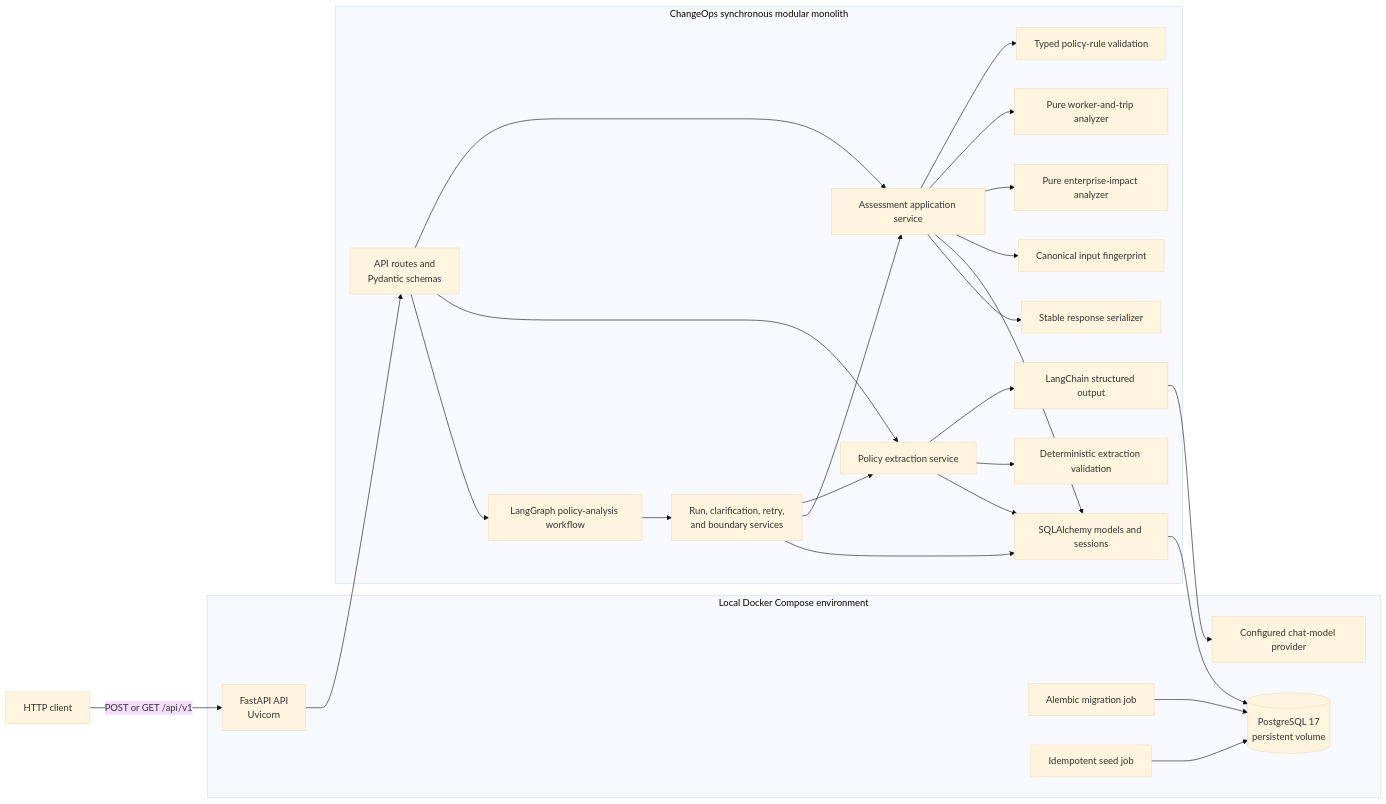
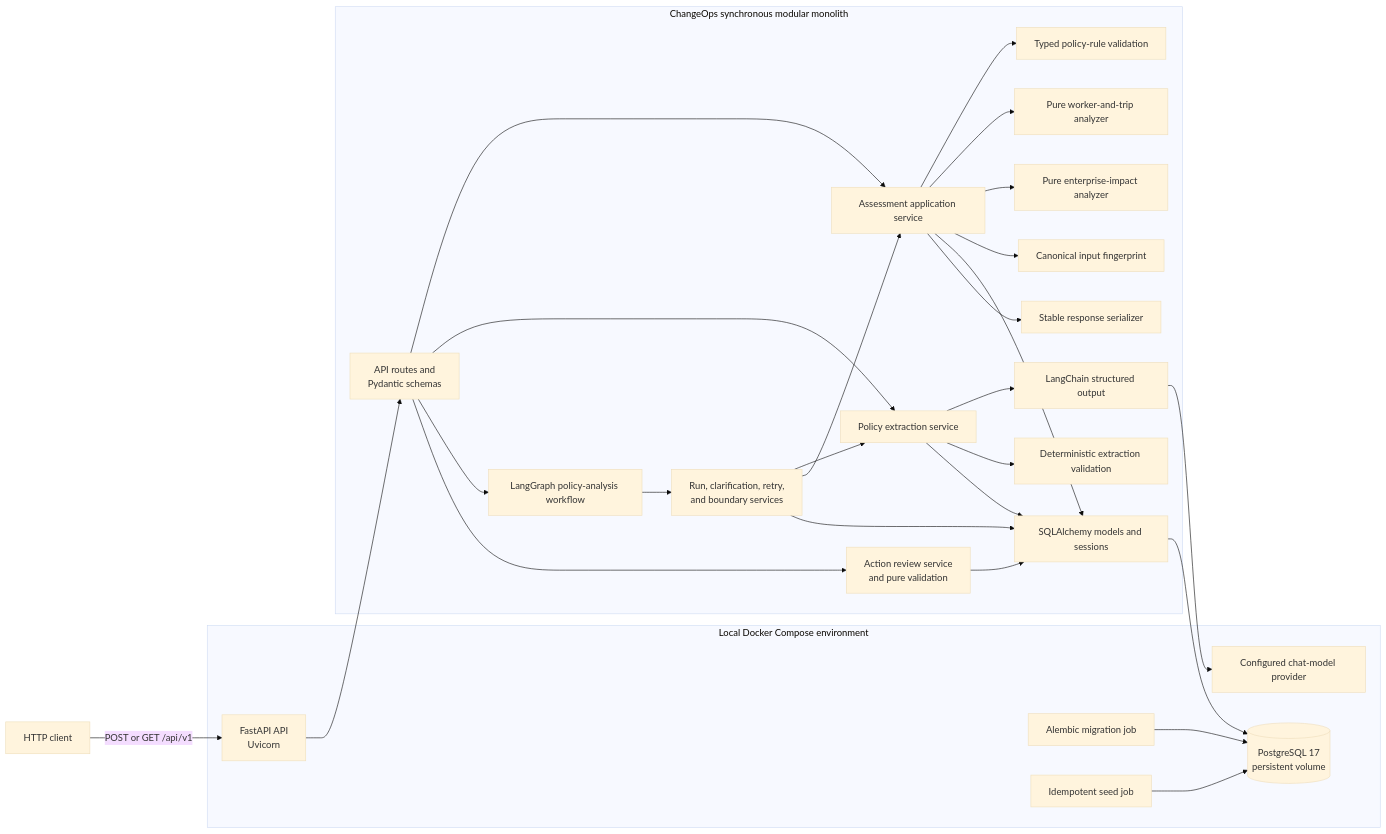
Before and after one commit to jaydreyer/ChangeOps: the first of 4 diagrams in docs/architecture.md, drawn with Mermaid (base theme). The commit also changed other lines of this file and 14 other files, not shown here.

Commit message:
Add action review and decision foundation

````diff
--- a/docs/architecture.md
+++ b/docs/architecture.md
@@ -10,51 +9,54 @@
 ```mermaid
 flowchart LR
     Client["HTTP client"]
 
     subgraph Compose["Local Docker Compose environment"]
         API["FastAPI API<br/>Uvicorn"]
         LLM["Configured chat-model provider"]
         Migrate["Alembic migration job"]
         Seed["Idempotent seed job"]
         DB[("PostgreSQL 17<br/>persistent volume")]
     end
 
     subgraph Application["ChangeOps synchronous modular monolith"]
         Routes["API routes and<br/>Pydantic schemas"]
         Service["Assessment application service"]
         Extraction["Policy extraction service"]
         Workflow["LangGraph policy-analysis workflow"]
         RunService["Run, clarification, retry,<br/>and boundary services"]
         LC["LangChain structured output"]
         Validation["Deterministic extraction validation"]
         Rules["Typed policy-rule validation"]
         WorkerAnalyzer["Pure worker-and-trip analyzer"]
         EnterpriseAnalyzer["Pure enterprise-impact analyzer"]
         Fingerprint["Canonical input fingerprint"]
         Serializer["Stable response serializer"]
+        Review["Action review service<br/>and pure validation"]
         ORM["SQLAlchemy models and sessions"]
     end
 
     Client -->|"POST or GET /api/v1"| API
     API --> Routes
     Routes --> Service
     Routes --> Extraction
     Routes --> Workflow
     Workflow --> RunService
     RunService --> Extraction
     RunService --> Service
     RunService --> ORM
     Extraction --> LC
     LC --> LLM
     Extraction --> Validation
     Extraction --> ORM
     Service --> Rules
     Service --> WorkerAnalyzer
     Service --> EnterpriseAnalyzer
     Service --> Fingerprint
     Service --> ORM
     Service --> Serializer
+    Routes --> Review
+    Review --> ORM
     ORM --> DB
     Migrate --> DB
     Seed --> DB
 ```
````
